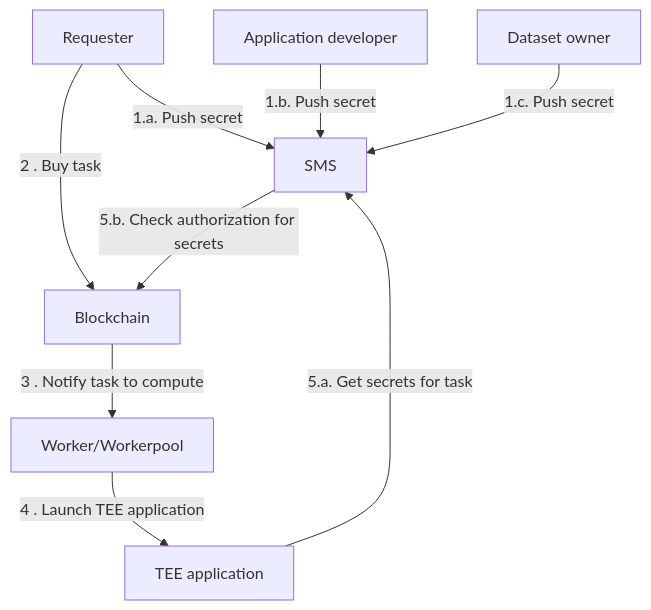
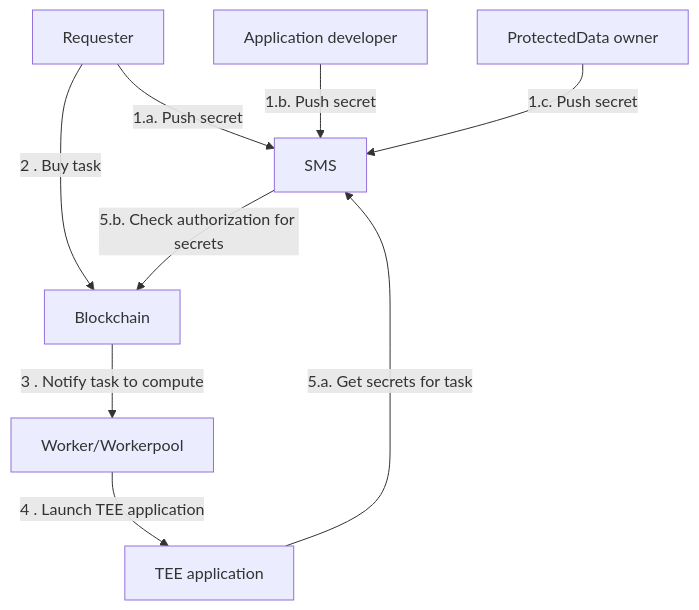
One commit to iExecBlockchainComputing/documentation changed the diagram in src/guides/build-iapp/advanced/access-confidential-assets.md. Above: the diagram before and after it, drawn with Mermaid. The commit also changed other lines of this file and 17 other files, not shown here.

````diff
--- a/src/guides/build-iapp/advanced/access-confidential-assets.md
+++ b/src/guides/build-iapp/advanced/access-confidential-assets.md
@@ -44,11 +41,11 @@
 ```mermaid
 graph TD
     Req[Requester] -->|1.a. Push secret| SMS[SMS]
     AppDev[Application developer] -->|1.b. Push secret| SMS
-    DatasetOwn[Dataset owner] -->|1.c. Push secret| SMS
+    ProtectedDataOwn[ProtectedData owner] -->|1.c. Push secret| SMS
     Req --> |2 . Buy task| Chain
     Chain[Blockchain] --> |3 . Notify task to compute| Worker[Worker/Workerpool]
     Worker --> |4 . Launch TEE application| App[TEE application]
     App --> |5.a. Get secrets for task| SMS
     SMS --> |5.b. Check authorization for secrets| Chain
 ```
````
